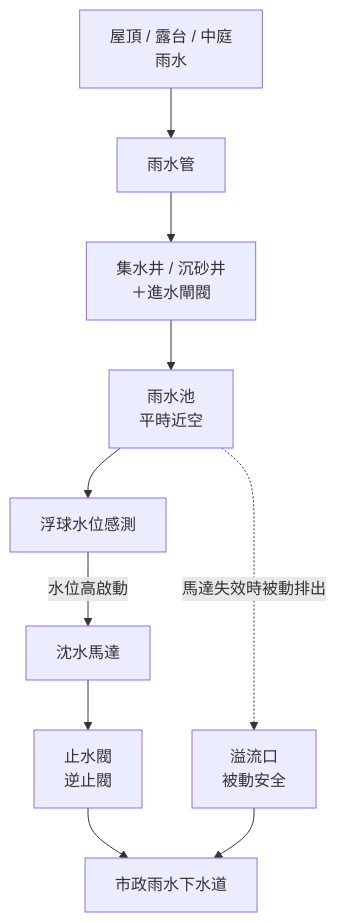
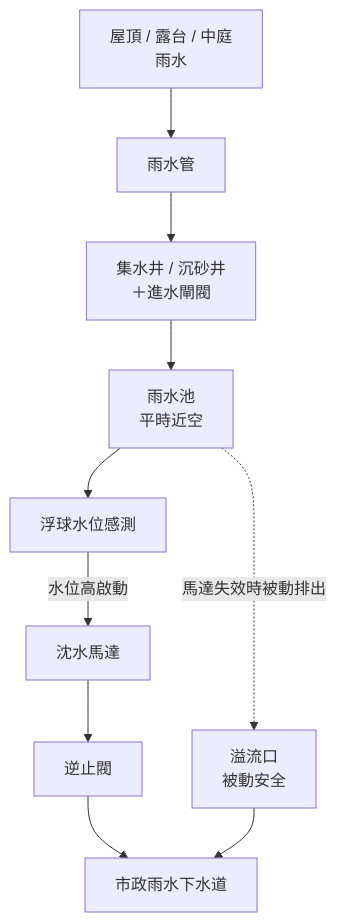
The second of 5 diagrams in src/admin/staff/pm-wiki.md (culturalcity/culturalcity.github.io), drawn with Mermaid before and after one commit. The commit also changed other lines of this file and 3 other files, not shown here.

````diff
--- a/src/admin/staff/pm-wiki.md
+++ b/src/admin/staff/pm-wiki.md
@@ -587,18 +589,18 @@
 ```mermaid
 flowchart TD
   Rain[屋頂 / 露台 / 中庭<br/>雨水]
   Pipe[雨水管]
   Inlet[集水井 / 沉砂井<br/>＋進水閘閥]
   Tank[雨水池<br/>平時近空]
   Float[浮球水位感測]
   Pump[沈水馬達]
-  Check[止水閥<br/>逆止閥]
+  Check[逆止閥]
   Overflow[溢流口<br/>被動安全]
   Sewer[市政雨水下水道]
 
   Rain --> Pipe --> Inlet --> Tank
   Tank --> Float
   Float -- 水位高啟動 --> Pump
   Pump --> Check --> Sewer
   Tank -. 馬達失效時被動排出 .-> Overflow --> Sewer
 ```
````
